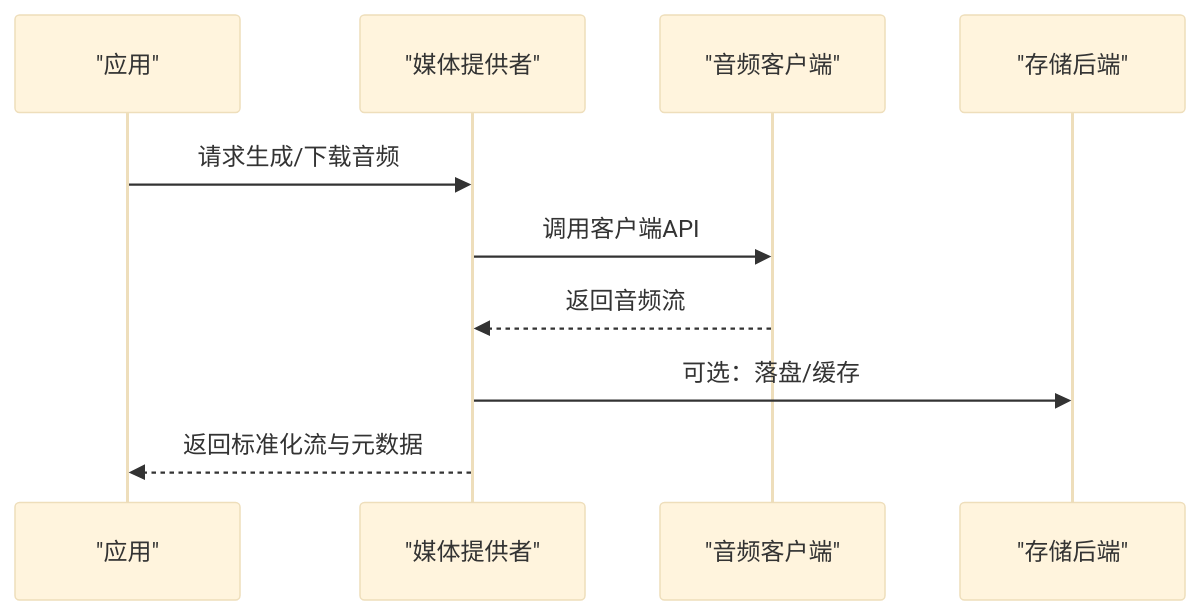
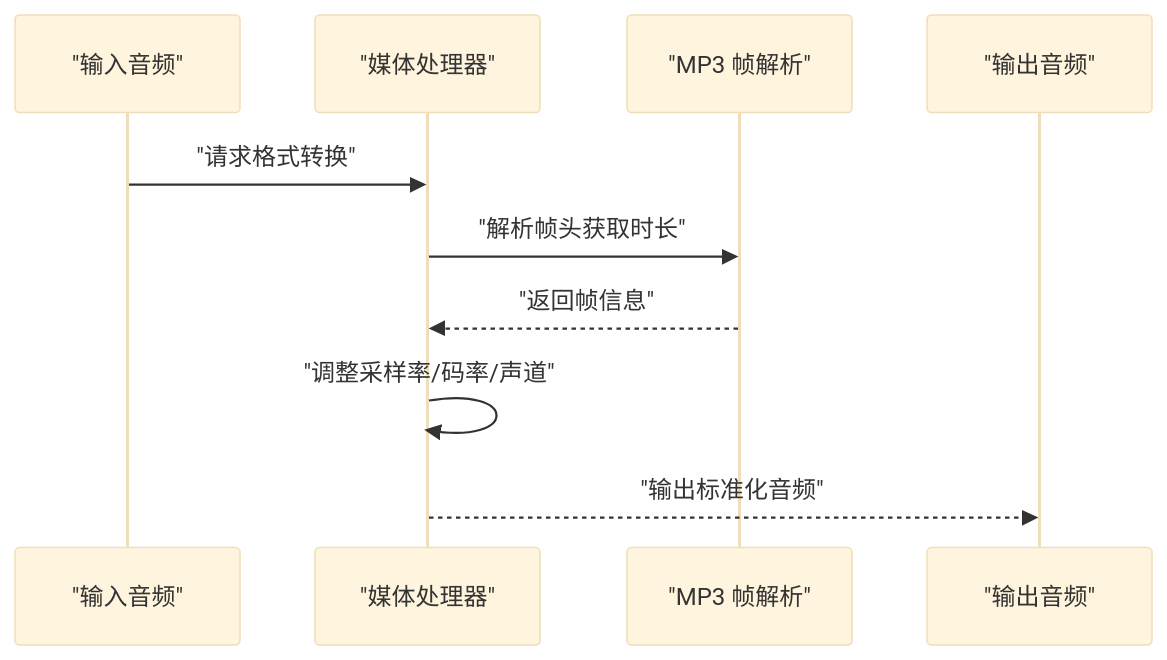
One commit to scottcwy/PurpleInk changed the sixth of 9 diagrams in .qoder/repowiki/zh/content/音频处理/音频处理.md. Above: the diagram before and after it, drawn with Mermaid (base theme). The commit also changed other lines of this file and 872 other files, not shown here.

````diff
--- a/.qoder/repowiki/zh/content/音频处理/音频处理.md
+++ b/.qoder/repowiki/zh/content/音频处理/音频处理.md
@@ -368,12 +321,12 @@
 ```mermaid
 sequenceDiagram
-participant App as "应用"
-participant Prov as "媒体提供者"
-participant Client as "音频客户端"
-participant Store as "存储后端"
-App->>Prov : 请求生成/下载音频
-Prov->>Client : 调用客户端API
-Client-->>Prov : 返回音频流
-Prov->>Store : 可选：落盘/缓存
-Prov-->>App : 返回标准化流与元数据
+participant Input as "输入音频"
+participant Media as "媒体处理器"
+participant MP3 as "MP3 帧解析"
+participant Output as "输出音频"
+Input->>Media : "请求格式转换"
+Media->>MP3 : "解析帧头获取时长"
+MP3-->>Media : "返回帧信息"
+Media->>Media : "调整采样率/码率/声道"
+Media-->>Output : "输出标准化音频"
 ```
````
